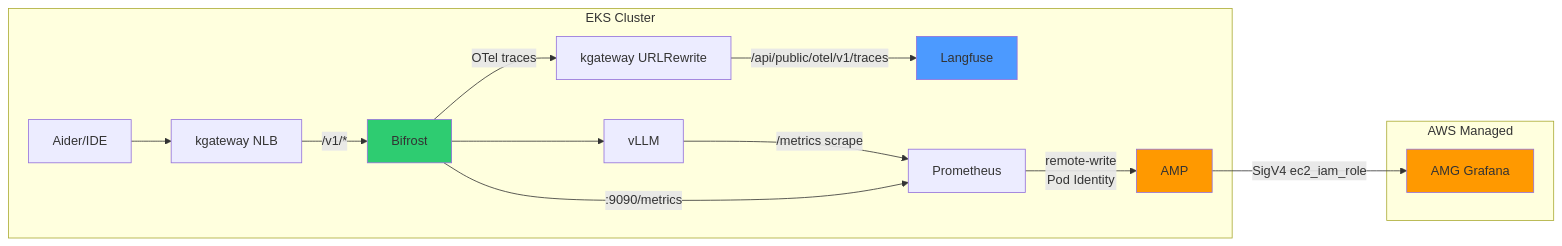
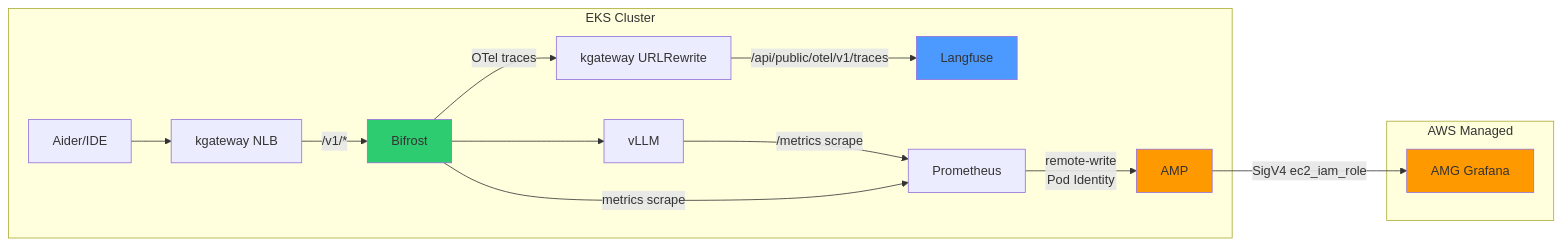
The diagram in docs/agentic-ai-platform/reference-architecture/integrations/monitoring-observability-setup.md (devfloor9/engineering-playbook), drawn with Mermaid before and after one commit. The commit also changed other lines of this file and 5 other files, not shown here.

````diff
--- a/docs/agentic-ai-platform/reference-architecture/integrations/monitoring-observability-setup.md
+++ b/docs/agentic-ai-platform/reference-architecture/integrations/monitoring-observability-setup.md
@@ -29,22 +29,22 @@
 ```mermaid
 graph LR
     subgraph "EKS Cluster"
         Client[Aider/IDE] --> KGW[kgateway NLB]
         KGW -->|/v1/*| BF[Bifrost]
         BF --> VLLM[vLLM]
         BF -->|OTel traces| KGW2[kgateway URLRewrite]
         KGW2 -->|/api/public/otel/v1/traces| LF[Langfuse]
         VLLM -->|/metrics scrape| PROM[Prometheus]
-        BF -->|:9090/metrics| PROM
+        BF -->|metrics scrape| PROM
         PROM -->|remote-write<br/>Pod Identity| AMP[AMP]
     end
 
     subgraph "AWS Managed"
         AMP -->|SigV4 ec2_iam_role| AMG[AMG Grafana]
     end
 
     style AMP fill:#ff9900
     style AMG fill:#ff9900
     style LF fill:#4c9aff
     style BF fill:#2ecc71
 ```
````
